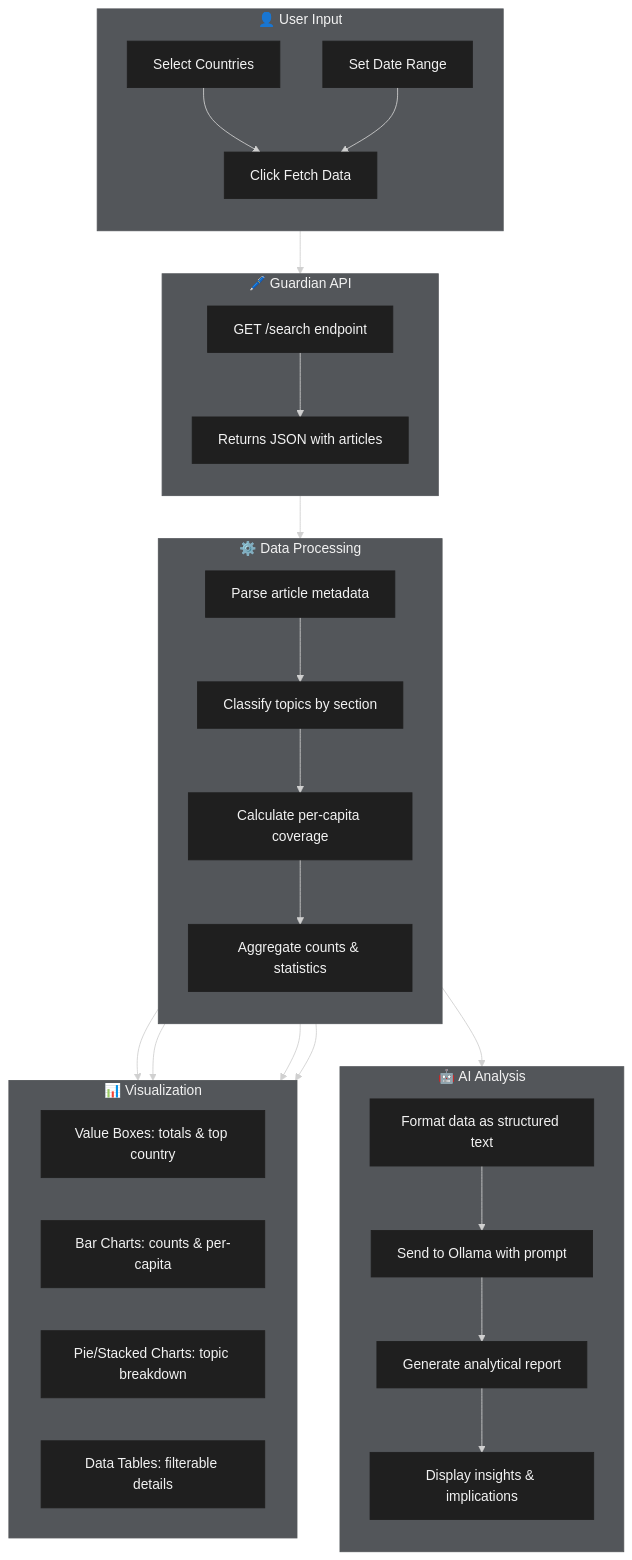
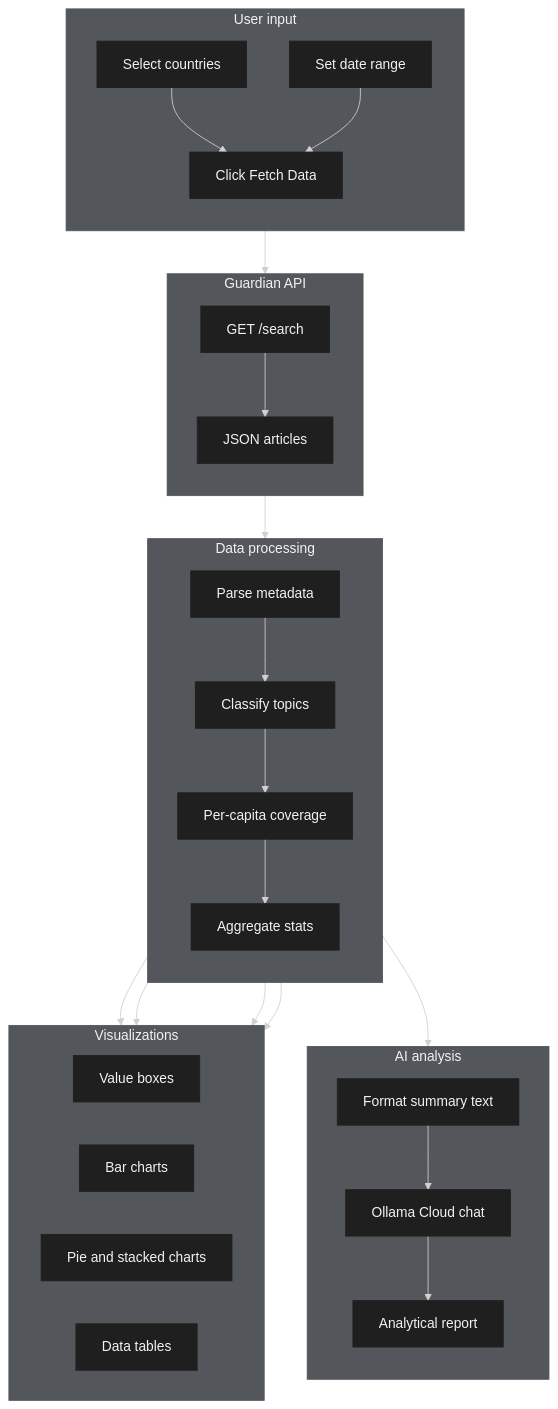
The fourth of 4 diagrams in 04_deployment/app/README.md (vvnu0/sysen5381), drawn with Mermaid before and after one commit. The commit also changed other lines of this file and 5 other files, not shown here.

````diff
--- a/04_deployment/app/README.md
+++ b/04_deployment/app/README.md
@@ -381,78 +339,77 @@
 ```mermaid
 %%{init: {
   "theme": "base",
   "themeVariables": {
     "background": "#111111",
     "primaryColor": "#1f1f1f",
     "primaryBorderColor": "#1f1f1f",
     "primaryTextColor": "#f2f2f2",
     "lineColor": "#d0d0d0",
     "clusterBkg": "#53565a",
     "clusterBorder": "#53565a"
   }
 }}%%
 flowchart TD
-  subgraph UI["👤 User Input"]
+  subgraph UI[User input]
     direction TB
-    countries["Select Countries"]
-    dates["Set Date Range"]
-    fetch["Click Fetch Data"]
+    countries[Select countries]
+    dates[Set date range]
+    fetch[Click Fetch Data]
 
     countries --> fetch
     dates --> fetch
   end
 
-  subgraph API["🖊️ Guardian API"]
+  subgraph API[Guardian API]
     direction TB
-    search["GET /search endpoint"]
-    articles["Returns JSON with articles"]
+    search[GET /search]
+    articles[JSON articles]
 
     search --> articles
   end
 
-  subgraph DP["⚙️ Data Processing"]
+  subgraph DP[Data processing]
     direction TB
-    parse["Parse article metadata"]
-    classify["Classify topics by section"]
-    percap["Calculate per-capita coverage"]
-    agg["Aggregate counts & statistics"]
+    parse[Parse metadata]
+    classify[Classify topics]
+    percap[Per-capita coverage]
+    agg[Aggregate stats]
 
     parse --> classify --> percap --> agg
   end
 
-  subgraph AI["🤖 AI Analysis"]
+  subgraph AI[AI analysis]
     direction TB
-    format["Format data as structured text"]
-    ollama["Send to Ollama with prompt"]
-    report["Generate analytical report"]
-    insights["Display insights & implications"]
+    format[Format summary text]
+    ollama[Ollama Cloud chat]
+    report[Analytical report]
 
-    format --> ollama --> report --> insights
+    format --> ollama --> report
   end
 
-  subgraph VIZ["📊 Visualization"]
+  subgraph VIZ[Visualizations]
     direction LR
-    value["Value Boxes: totals & top country"]
-    bar["Bar Charts: counts & per-capita"]
-    pie["Pie/Stacked Charts: topic breakdown"]
-    table["Data Tables: filterable details"]
+    value[Value boxes]
+    bar[Bar charts]
+    pie[Pie and stacked charts]
+    table[Data tables]
   end
 
   fetch --> search
   articles --> parse
 
   agg --> format
   agg --> value
   agg --> bar
   agg --> pie
   agg --> table
 
   classDef node fill:#1f1f1f,stroke:#1f1f1f,color:#f2f2f2;
-  class countries,dates,fetch,search,articles,parse,classify,percap,agg,format,ollama,report,insights,value,bar,pie,table node;
+  class countries,dates,fetch,search,articles,parse,classify,percap,agg,format,ollama,report,value,bar,pie,table node;
 
   style UI fill:#53565a,stroke:#53565a,color:#f2f2f2
   style API fill:#53565a,stroke:#53565a,color:#f2f2f2
   style DP fill:#53565a,stroke:#53565a,color:#f2f2f2
   style AI fill:#53565a,stroke:#53565a,color:#f2f2f2
   style VIZ fill:#53565a,stroke:#53565a,color:#f2f2f2
 ```
````
